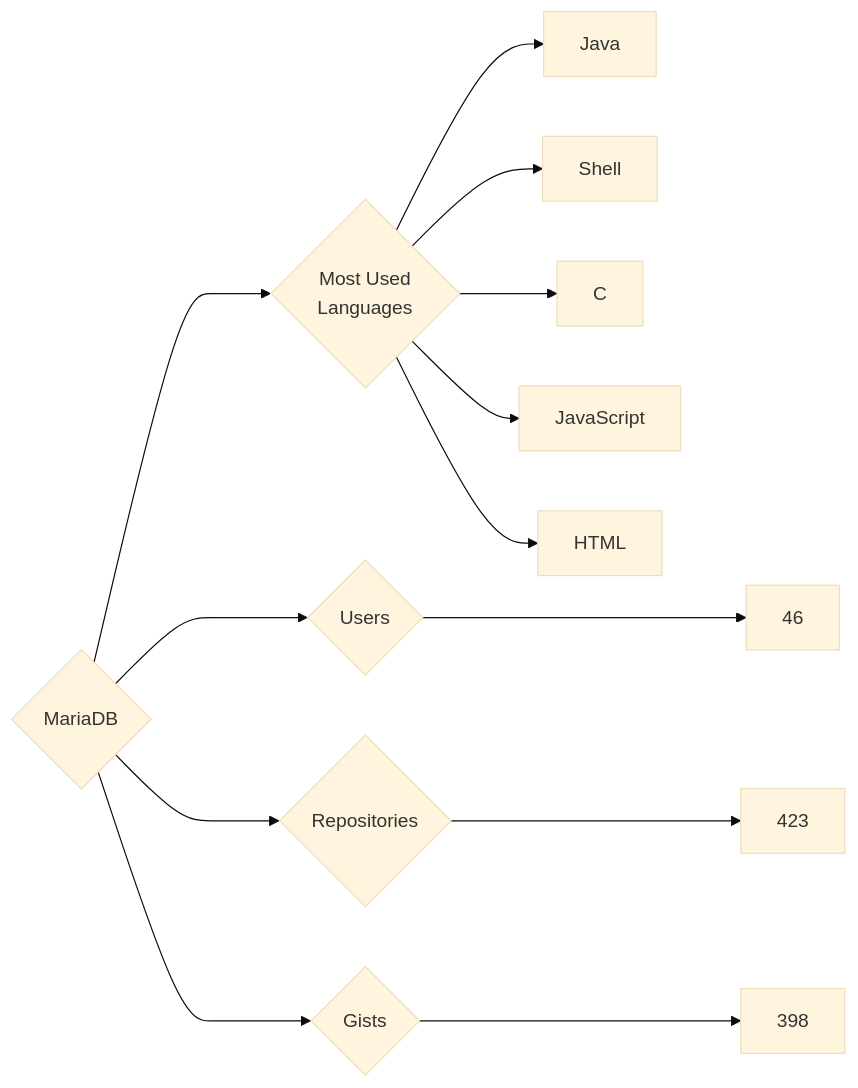
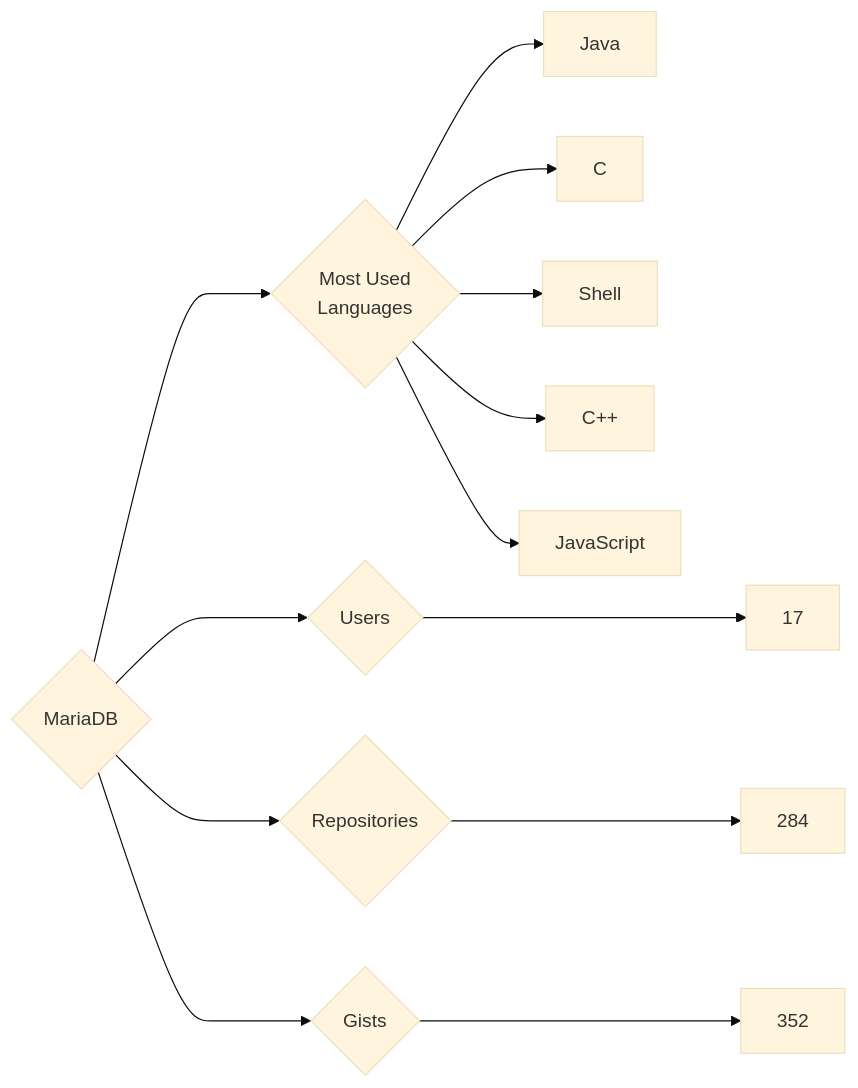
One commit to trickest/insiders changed the diagram in targets/MariaDB/README.md. Above: the diagram before and after it, drawn with Mermaid (base theme). The commit also changed 895 other files, not shown here.

````diff
--- a/targets/MariaDB/README.md
+++ b/targets/MariaDB/README.md
@@ -3,13 +3,13 @@
 ```mermaid
 graph LR
 COMPANY_NAME{MariaDB}
-COMPANY_NAME ---> U{Users} ---> UN[46]
-COMPANY_NAME ---> R{Repositories} ---> RN[423]
-COMPANY_NAME ---> G{Gists} ---> GN[398]
+COMPANY_NAME ---> U{Users} ---> UN[17]
+COMPANY_NAME ---> R{Repositories} ---> RN[284]
+COMPANY_NAME ---> G{Gists} ---> GN[352]
 COMPANY_NAME ---> ML{Most Used<br>Languages}
 ML --> Java[Java]
+ML --> C[C]
 ML --> Shell[Shell]
-ML --> C[C]
+ML --> C++[C++]
 ML --> JavaScript[JavaScript]
-ML --> HTML[HTML]
 ```
````
